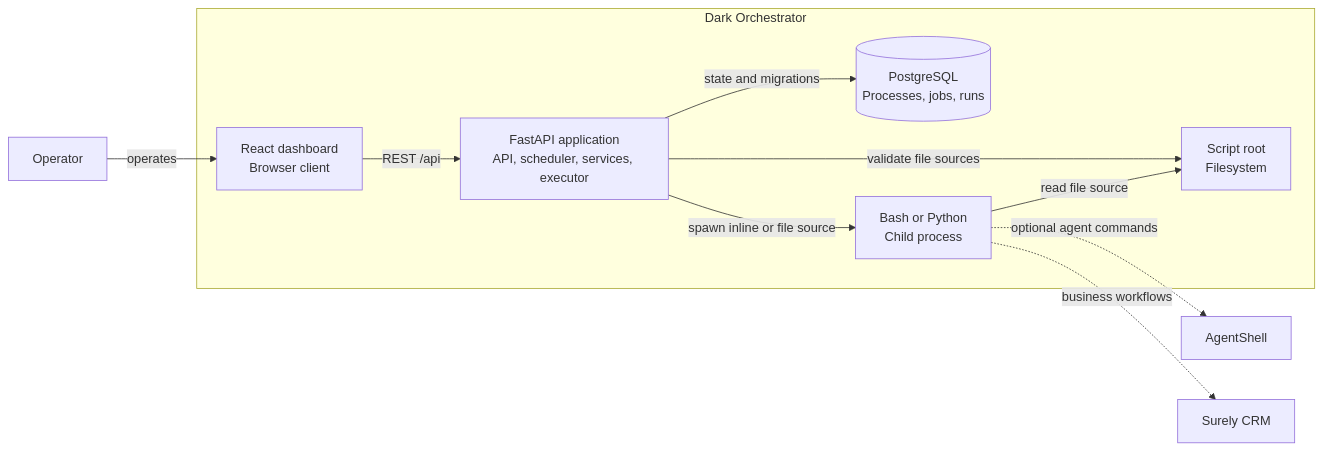
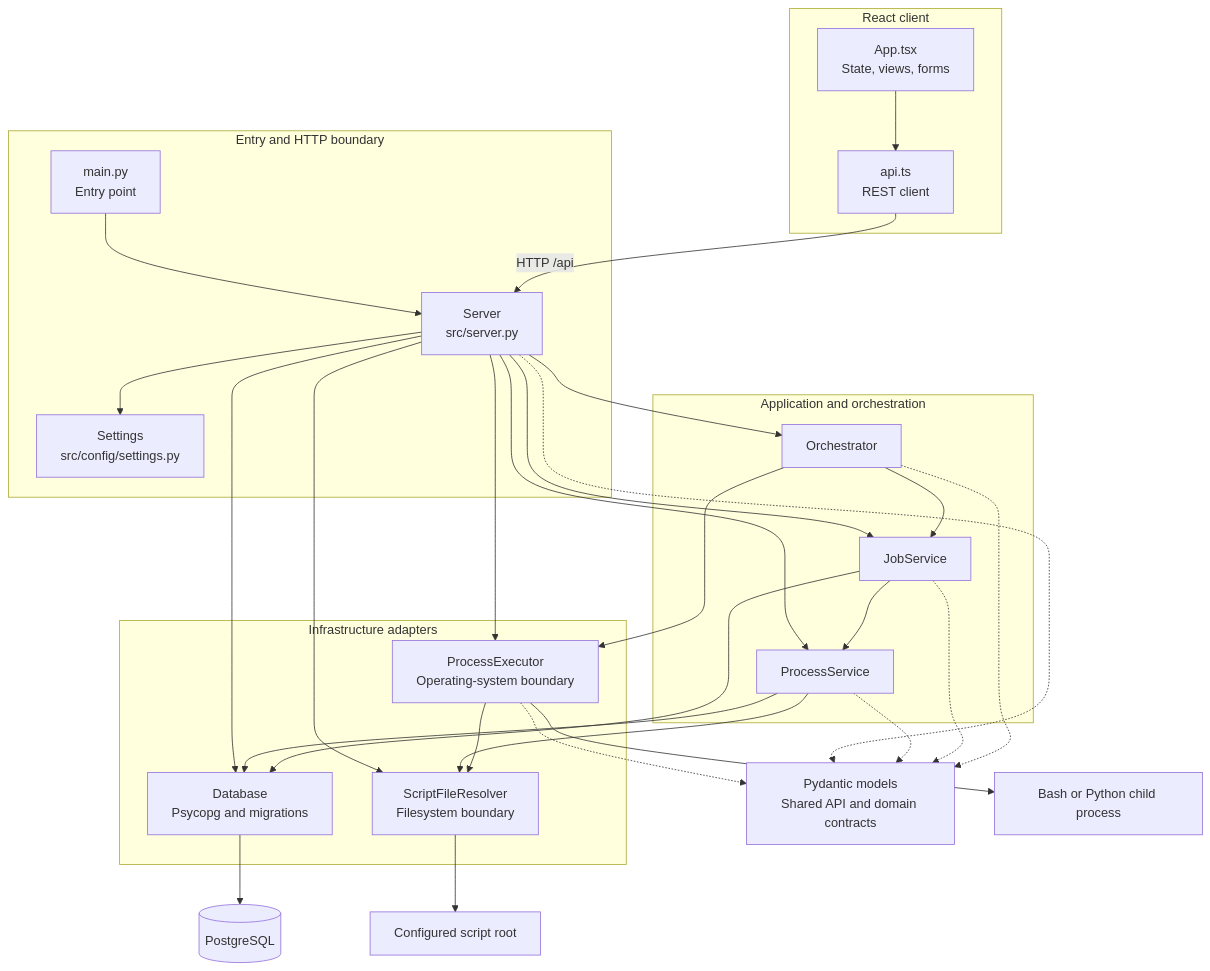
The diagram in AGENTS.md (ScottRBK/Dark-Orchestrator), drawn with Mermaid before and after one commit. The commit also changed other lines of this file and 1 other file, not shown here.

Commit message:
architectual docs

````diff
--- a/AGENTS.md
+++ b/AGENTS.md
@@ -9,16 +12,51 @@
 ```mermaid
-flowchart LR
-    operator["Operator"] -->|"operates"| dashboard
-
-    subgraph dark["Dark Orchestrator"]
-        dashboard["React dashboard<br/>Browser client"] -->|"REST /api"| api
-        api["FastAPI application<br/>API, scheduler, services, executor"]
-        api -->|"state and migrations"| database[("PostgreSQL<br/>Processes, jobs, runs")]
-        api -->|"validate file sources"| scripts["Script root<br/>Filesystem"]
-        api -->|"spawn inline or file source"| child["Bash or Python<br/>Child process"]
-        child -->|"read file source"| scripts
+flowchart TB
+    subgraph frontend["React client"]
+        app["App.tsx<br/>State, views, forms"] --> api_client["api.ts<br/>REST client"]
     end
 
-    child -.->|"optional agent commands"| agentshell["AgentShell"]
-    child -.->|"business workflows"| surely["Surely CRM"]
+    subgraph boundary["Entry and HTTP boundary"]
+        main["main.py<br/>Entry point"] --> server["Server<br/>src/server.py"]
+        settings["Settings<br/>src/config/settings.py"]
+    end
+
+    subgraph application["Application and orchestration"]
+        process_service["ProcessService"]
+        job_service["JobService"]
+        orchestrator["Orchestrator"]
+    end
+
+    subgraph infrastructure["Infrastructure adapters"]
+        database["Database<br/>Psycopg and migrations"]
+        files["ScriptFileResolver<br/>Filesystem boundary"]
+        executor["ProcessExecutor<br/>Operating-system boundary"]
+    end
+
+    models["Pydantic models<br/>Shared API and domain contracts"]
+
+    api_client -->|"HTTP /api"| server
+    server --> settings
+    server --> process_service
+    server --> job_service
+    server --> orchestrator
+    server --> database
+    server --> files
+    server --> executor
+    process_service --> database
+    process_service --> files
+    job_service --> database
+    job_service --> process_service
+    orchestrator --> job_service
+    orchestrator --> executor
+    executor --> files
+
+    server -.-> models
+    process_service -.-> models
+    job_service -.-> models
+    orchestrator -.-> models
+    executor -.-> models
+
+    database --> postgres[("PostgreSQL")]
+    files --> script_root["Configured script root"]
+    executor --> child["Bash or Python child process"]
 ```
````
